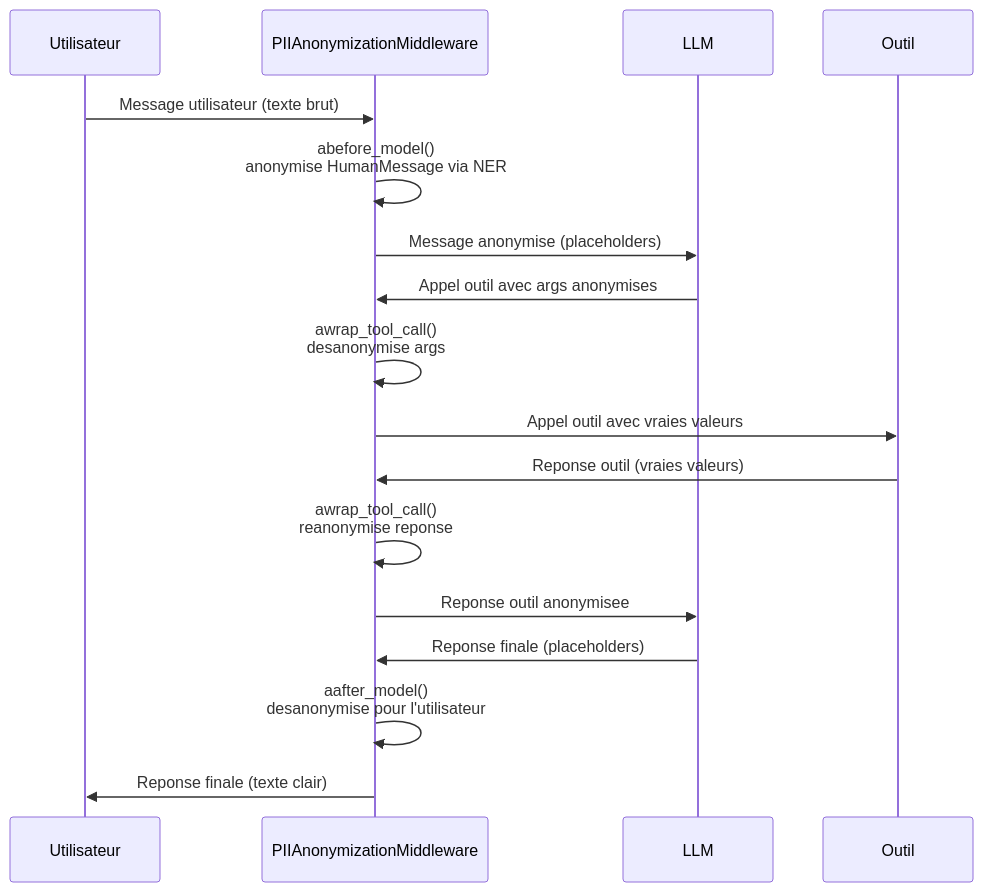
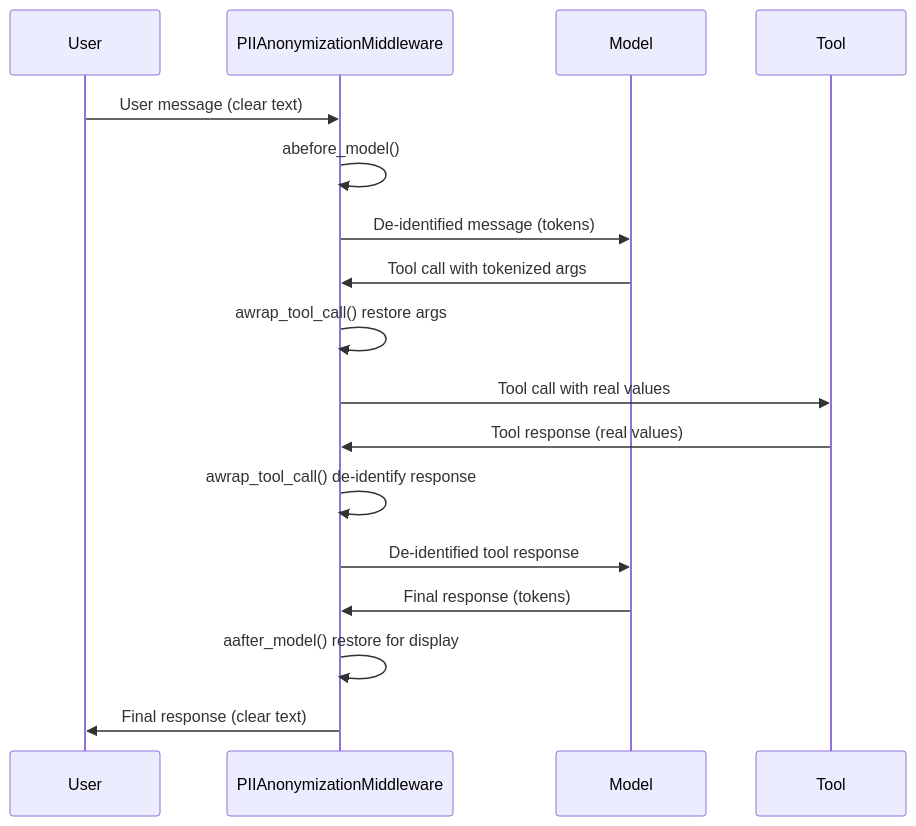
The diagram in docs/fr/reference/middleware.md (Athroniaeth/piighost), drawn with Mermaid before and after one commit. The commit also changed other lines of this file and 57 other files, not shown here.

````diff
--- a/docs/fr/reference/middleware.md
+++ b/docs/fr/reference/middleware.md
@@ -71,20 +148,20 @@
 ```mermaid
 sequenceDiagram
-    participant U as Utilisateur
+    participant U as User
     participant M as PIIAnonymizationMiddleware
-    participant L as LLM
-    participant T as Outil
+    participant L as Model
+    participant T as Tool
 
-    U->>M: Message utilisateur (texte brut)
-    M->>M: abefore_model()<br/>anonymise HumanMessage via NER
-    M->>L: Message anonymise (placeholders)
-    L->>M: Appel outil avec args anonymises
-    M->>M: awrap_tool_call()<br/>desanonymise args
-    M->>T: Appel outil avec vraies valeurs
-    T->>M: Reponse outil (vraies valeurs)
-    M->>M: awrap_tool_call()<br/>reanonymise reponse
-    M->>L: Reponse outil anonymisee
-    L->>M: Reponse finale (placeholders)
-    M->>M: aafter_model()<br/>desanonymise pour l'utilisateur
-    M->>U: Reponse finale (texte clair)
+    U->>M: User message (clear text)
+    M->>M: abefore_model()
+    M->>L: De-identified message (tokens)
+    L->>M: Tool call with tokenized args
+    M->>M: awrap_tool_call() restore args
+    M->>T: Tool call with real values
+    T->>M: Tool response (real values)
+    M->>M: awrap_tool_call() de-identify response
+    M->>L: De-identified tool response
+    L->>M: Final response (tokens)
+    M->>M: aafter_model() restore for display
+    M->>U: Final response (clear text)
 ```
````
